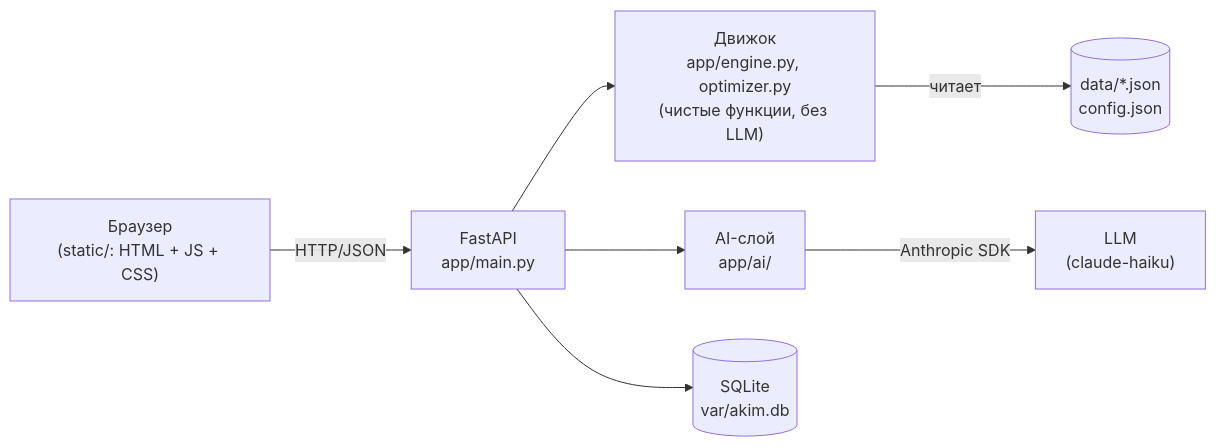
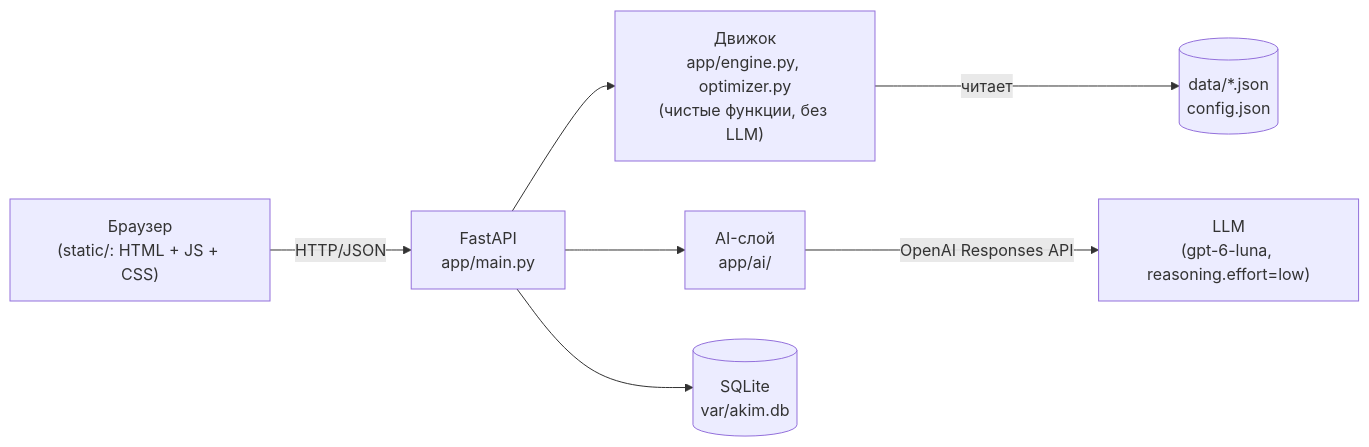
Before and after one commit to BAITC-Hacks/hack-8801c8e6-saber: the diagram in README.md, drawn with Mermaid. The commit also changed other lines of this file and 4 other files, not shown here.

First line of the commit message:
llm: switch provider to OpenAI Responses API (gpt-6-luna, reasoning.effort=low)

````diff
--- a/README.md
+++ b/README.md
@@ -30,9 +30,9 @@
 ```mermaid
 flowchart LR
     Browser["Браузер\n(static/: HTML + JS + CSS)"] -->|HTTP/JSON| FastAPI["FastAPI\napp/main.py"]
     FastAPI --> Engine["Движок\napp/engine.py, optimizer.py\n(чистые функции, без LLM)"]
     FastAPI --> AI["AI-слой\napp/ai/"]
-    AI -->|Anthropic SDK| LLM["LLM\n(claude-haiku)"]
+    AI -->|OpenAI Responses API| LLM["LLM\n(gpt-6-luna, reasoning.effort=low)"]
     FastAPI --> DB[("SQLite\nvar/akim.db")]
     Engine -->|читает| JSON[("data/*.json\nconfig.json")]
 ```
````
